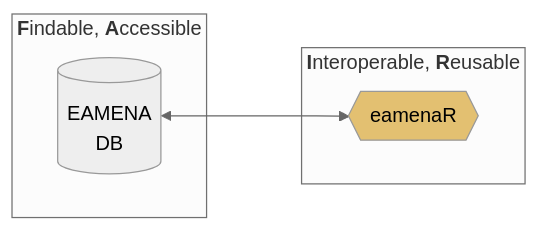
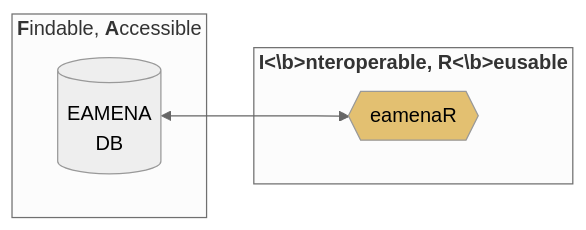
One commit to eamena-project/eamenaR changed the second of 5 diagrams in README.md. Above: the diagram before and after it, drawn with Mermaid (neutral theme).

````diff
--- a/README.md
+++ b/README.md
@@ -26,11 +26,11 @@
 ```mermaid
 flowchart LR
     subgraph ide1 ["<b>F</b>indable, <b>A</b>ccessible"]
     A[(EAMENA<br>DB)];
     end
     A[(EAMENA<br>DB)] <---> B{{"eamenaR"}}:::eamenaRpkg;
-    subgraph ide2 ["<b>I</b>nteroperable, <b>R</b>eusable"]
+    subgraph ide2 ["<b>I<\b>nteroperable, <b>R<\b>eusable"]
     B;
     end
     classDef eamenaRpkg fill:#e3c071;
 ```
````
